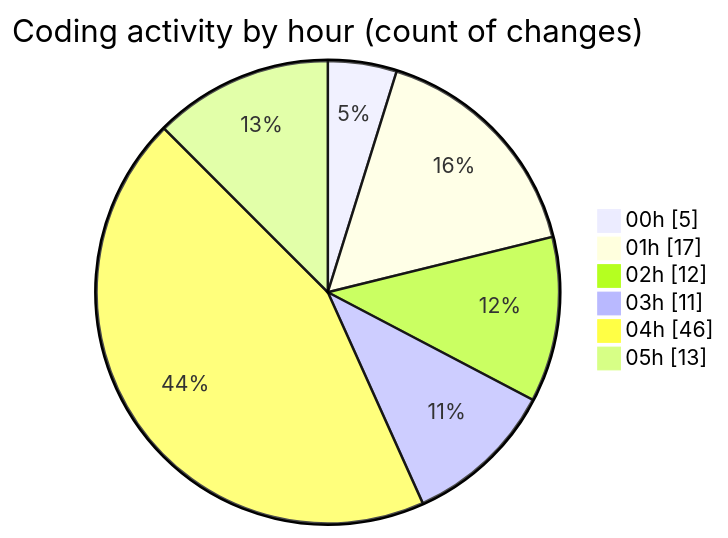
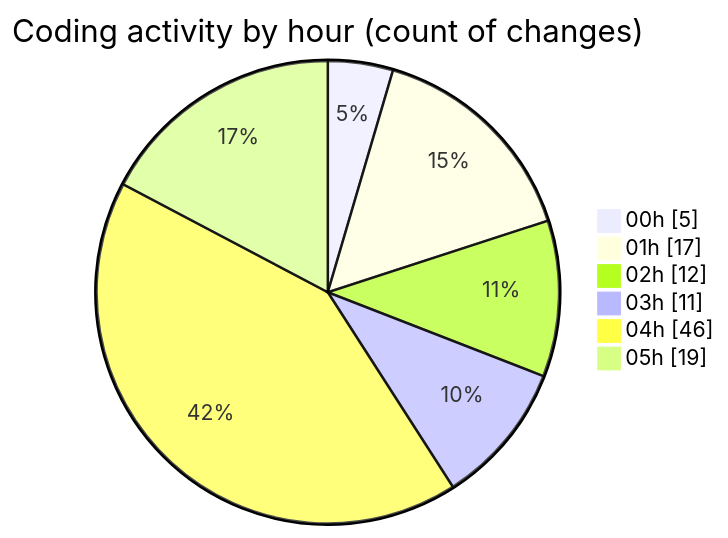
One commit to EIIisD/code-tracking changed the second of 2 diagrams in 2025-08-04/tw-server/README.md. Above: the diagram before and after it, drawn with Mermaid. The commit also changed other lines of this file and 1 other file, not shown here.

````diff
--- a/2025-08-04/tw-server/README.md
+++ b/2025-08-04/tw-server/README.md
@@ -38,10 +38,10 @@
 ```mermaid
 pie showData
 title Coding activity by hour (count of changes)
 "00h" : 5
 "01h" : 17
 "02h" : 12
 "03h" : 11
 "04h" : 46
-"05h" : 13
+"05h" : 19
 ```
````
